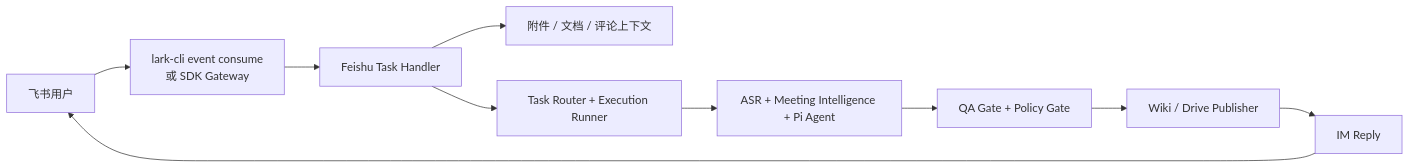
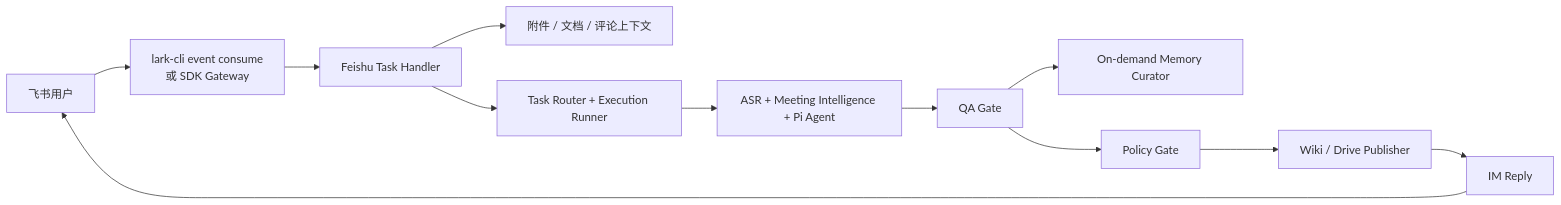
Before and after one commit to DESONGs/assignment-agent: the first of 2 diagrams in wiki/12-feishu-agent-bidirectional-integration-plan.md, drawn with Mermaid. The commit also changed other lines of this file and 53 other files, not shown here.

````diff
--- a/wiki/12-feishu-agent-bidirectional-integration-plan.md
+++ b/wiki/12-feishu-agent-bidirectional-integration-plan.md
@@ -11,12 +11,14 @@
 ```mermaid
 flowchart LR
     User["飞书用户"] --> Inbound["lark-cli event consume\n或 SDK Gateway"]
     Inbound --> Handler["Feishu Task Handler"]
     Handler --> Files["附件 / 文档 / 评论上下文"]
     Handler --> Runner["Task Router + Execution Runner"]
     Runner --> Agent["ASR + Meeting Intelligence + Pi Agent"]
-    Agent --> Gates["QA Gate + Policy Gate"]
-    Gates --> Publisher["Wiki / Drive Publisher"]
+    Agent --> QA["QA Gate"]
+    QA --> Memory["On-demand Memory Curator"]
+    QA --> Policy["Policy Gate"]
+    Policy --> Publisher["Wiki / Drive Publisher"]
     Publisher --> Reply["IM Reply"]
     Reply --> User
 ```
````
